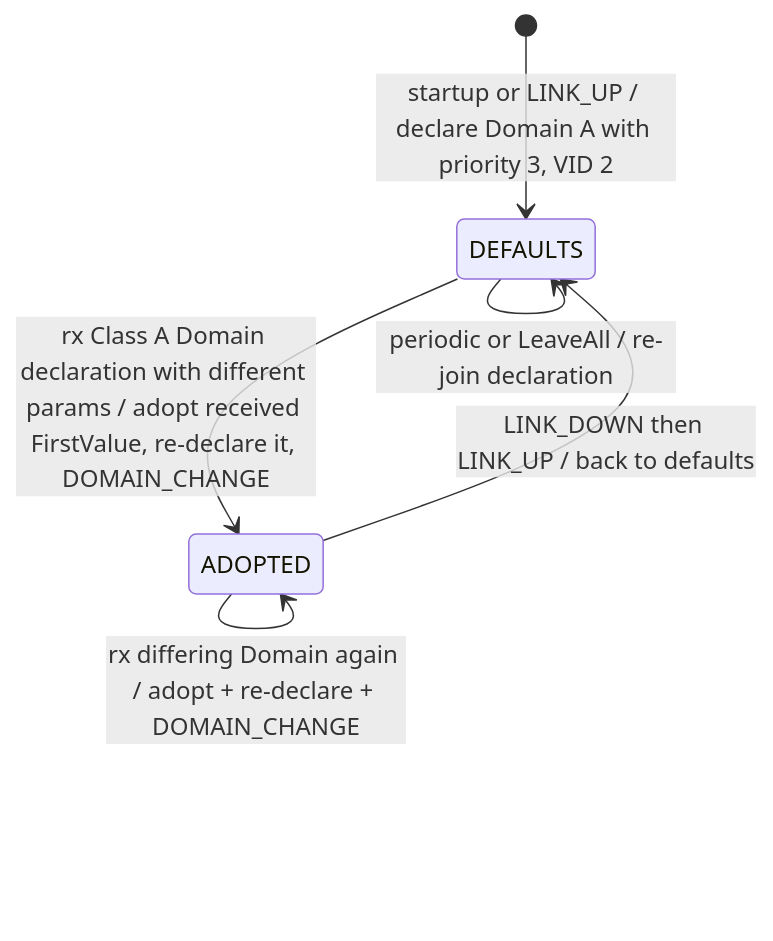
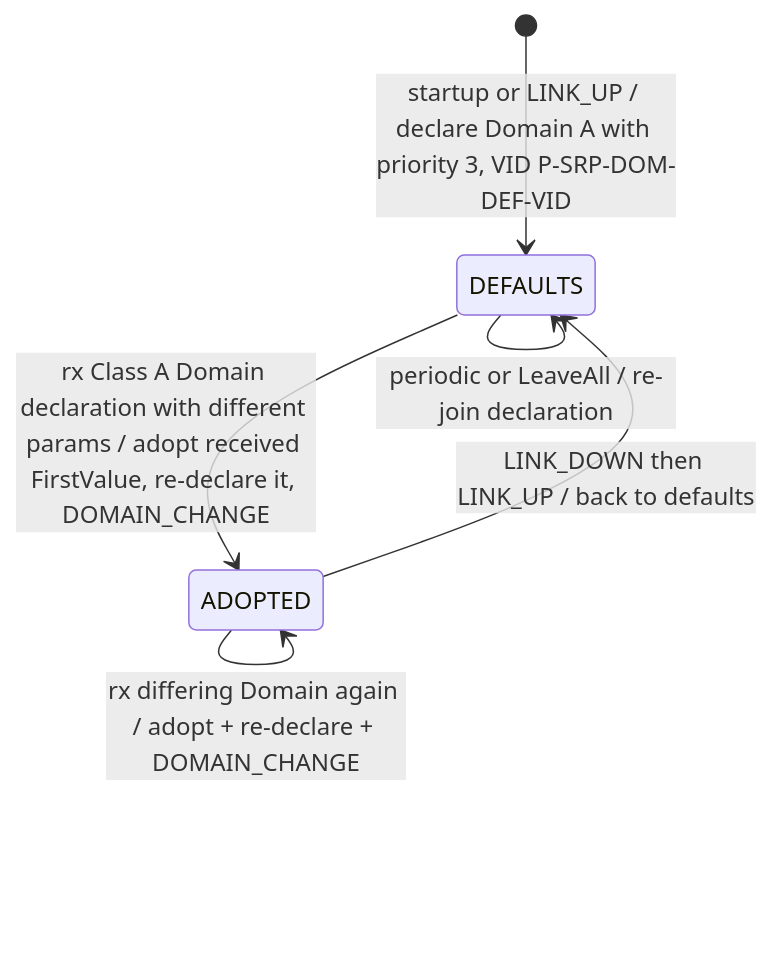
One commit to Mister-M-alt/protocol-processor-control-plane-avb-milan changed the second of 6 diagrams in docs/architecture/10_srp_engine.md. Above: the diagram before and after it, drawn with Mermaid. The commit also changed other lines of this file and 7 other files, not shown here.

Commit message:
Expose the SRP Domain default VID as a top parameter and grade its binding in a second pp_top build

````diff
--- a/docs/architecture/10_srp_engine.md
+++ b/docs/architecture/10_srp_engine.md
@@ -200,8 +200,8 @@
 ```mermaid
 stateDiagram-v2
-    [*] --> DEFAULTS: startup or LINK_UP / declare Domain A with priority 3, VID 2
+    [*] --> DEFAULTS: startup or LINK_UP / declare Domain A with priority 3, VID P-SRP-DOM-DEF-VID
     DEFAULTS --> ADOPTED: rx Class A Domain declaration with different params / adopt received FirstValue, re-declare it, DOMAIN_CHANGE
     ADOPTED --> ADOPTED: rx differing Domain again / adopt + re-declare + DOMAIN_CHANGE
     ADOPTED --> DEFAULTS: LINK_DOWN then LINK_UP / back to defaults
     DEFAULTS --> DEFAULTS: periodic or LeaveAll / re-join declaration
 ```
````
